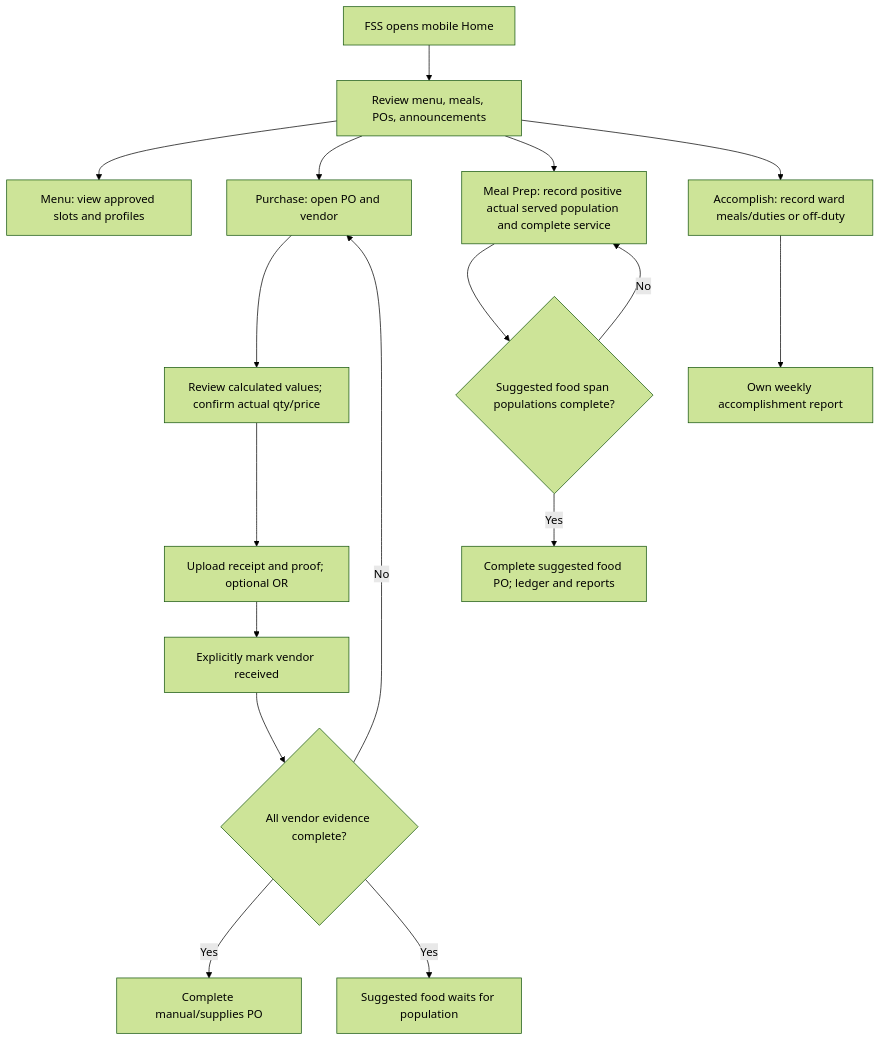
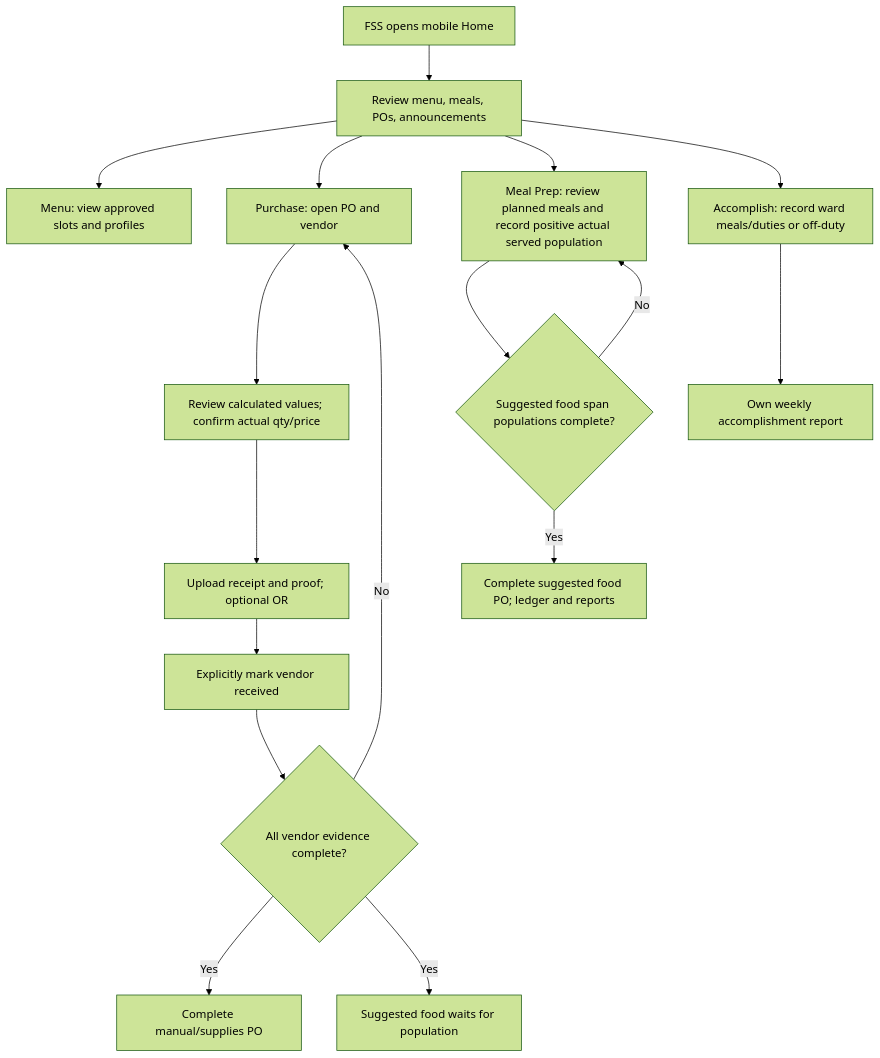
Before and after one commit to ja2gc/Nutriscope: the sixth of 9 diagrams in docs/module-workflow-flowchart.md, drawn with Mermaid (forest theme). The commit also changed other lines of this file and 44 other files, not shown here.

````diff
--- a/docs/module-workflow-flowchart.md
+++ b/docs/module-workflow-flowchart.md
@@ -219,19 +219,19 @@
 ```mermaid
 flowchart TD
     A["FSS opens mobile Home"] --> B["Review menu, meals, POs, announcements"]
     B --> C["Menu: view approved slots and profiles"]
     B --> D["Purchase: open PO and vendor"]
     D --> E["Review calculated values; confirm actual qty/price"]
     E --> F["Upload receipt and proof; optional OR"]
     F --> G["Explicitly mark vendor received"]
-    B --> H["Meal Prep: record positive actual served population and complete service"]
+    B --> H["Meal Prep: review planned meals and record positive actual served population"]
     B --> I["Accomplish: record ward meals/duties or off-duty"]
     I --> J["Own weekly accomplishment report"]
     G --> K{"All vendor evidence complete?"}
     H --> L{"Suggested food span populations complete?"}
     K -->|"No"| D
     L -->|"No"| H
     K -->|"Yes"| M["Complete manual/supplies PO"]
     K -->|"Yes"| N["Suggested food waits for population"]
     L -->|"Yes"| O["Complete suggested food PO; ledger and reports"]
 ```
````
